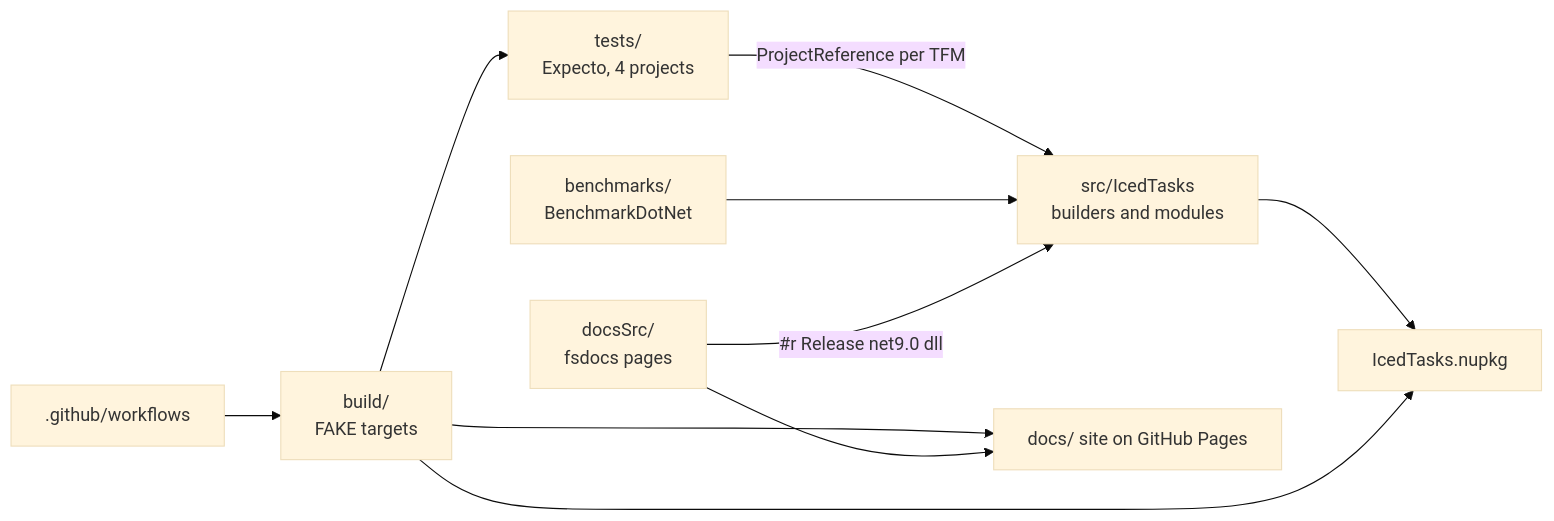
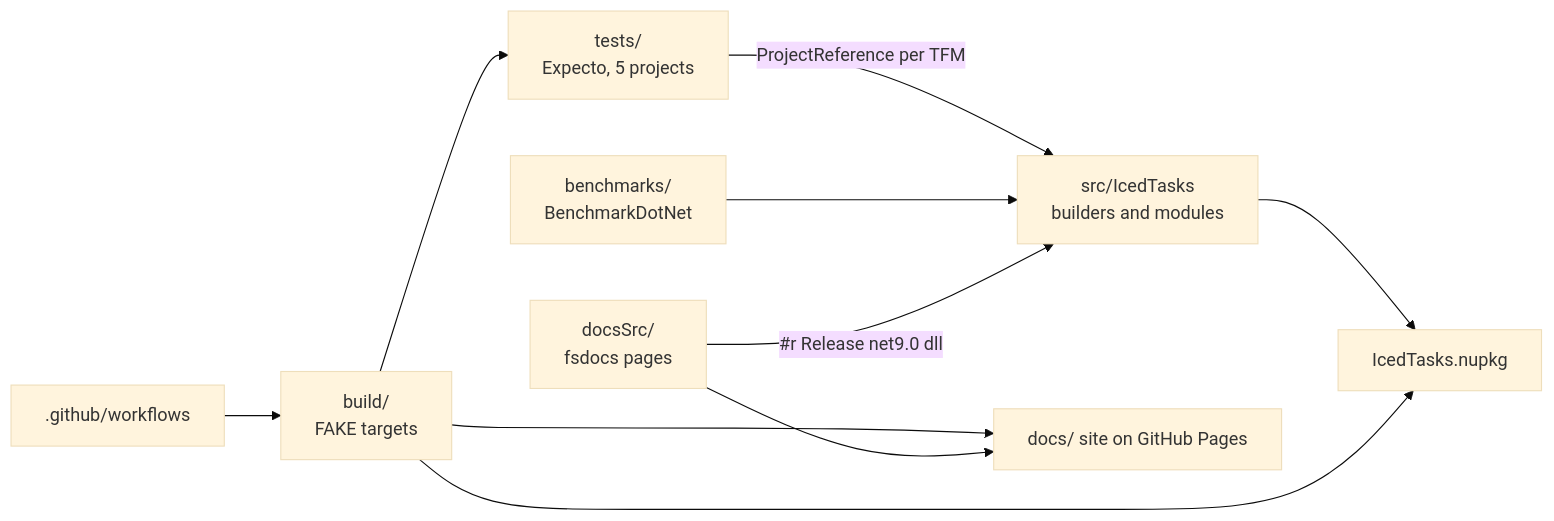
One commit to TheAngryByrd/IcedTasks changed the diagram in lode/summary.md. Above: the diagram before and after it, drawn with Mermaid (base theme). The commit also changed other lines of this file and 43 other files, not shown here.

````diff
--- a/lode/summary.md
+++ b/lode/summary.md
@@ -17,12 +17,12 @@
 ```mermaid
 flowchart LR
     src["src/IcedTasks<br/>builders and modules"] --> pkg["IcedTasks.nupkg"]
-    tests["tests/<br/>Expecto, 4 projects"] -->|"ProjectReference per TFM"| src
+    tests["tests/<br/>Expecto, 5 projects"] -->|"ProjectReference per TFM"| src
     bench["benchmarks/<br/>BenchmarkDotNet"] --> src
     docs["docsSrc/<br/>fsdocs pages"] -->|"#r Release net9.0 dll"| src
     build["build/<br/>FAKE targets"] --> tests
     build --> pkg
     build --> site["docs/ site on GitHub Pages"]
     docs --> site
     ci[".github/workflows"] --> build
 ```
````
